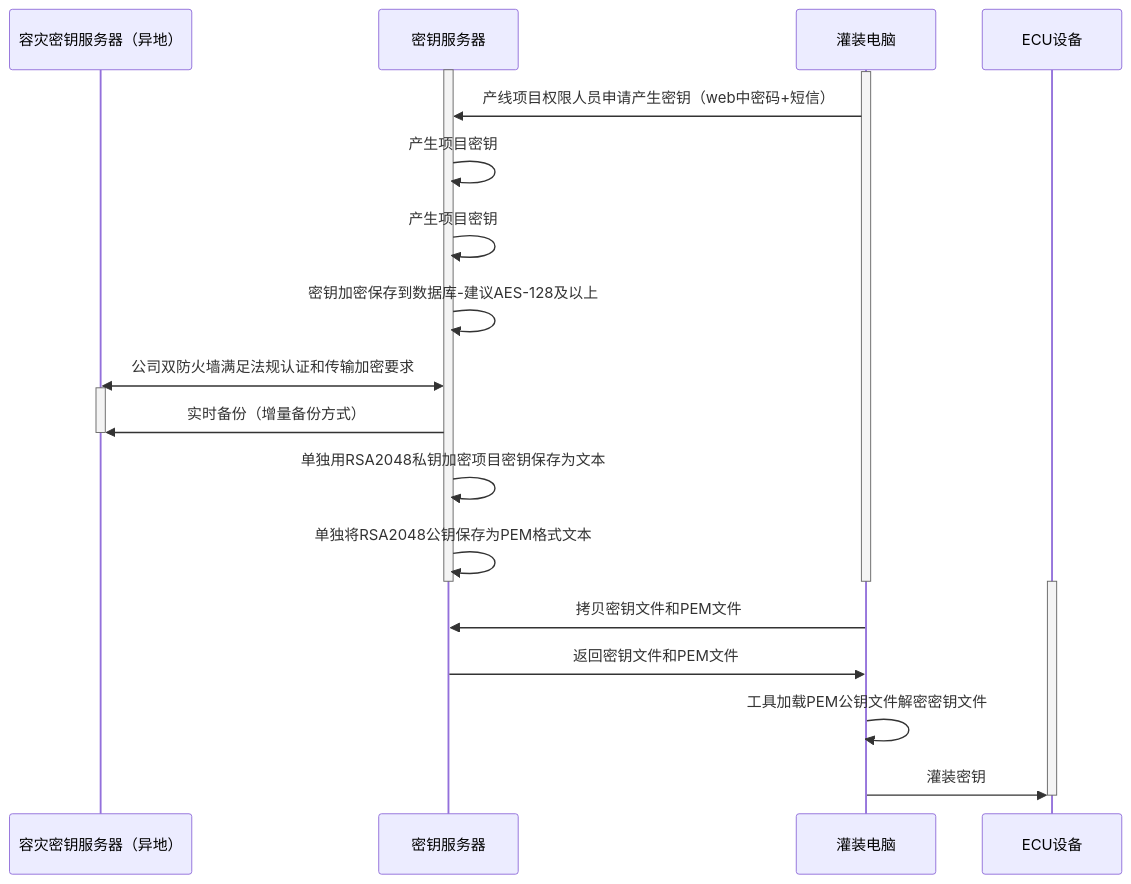
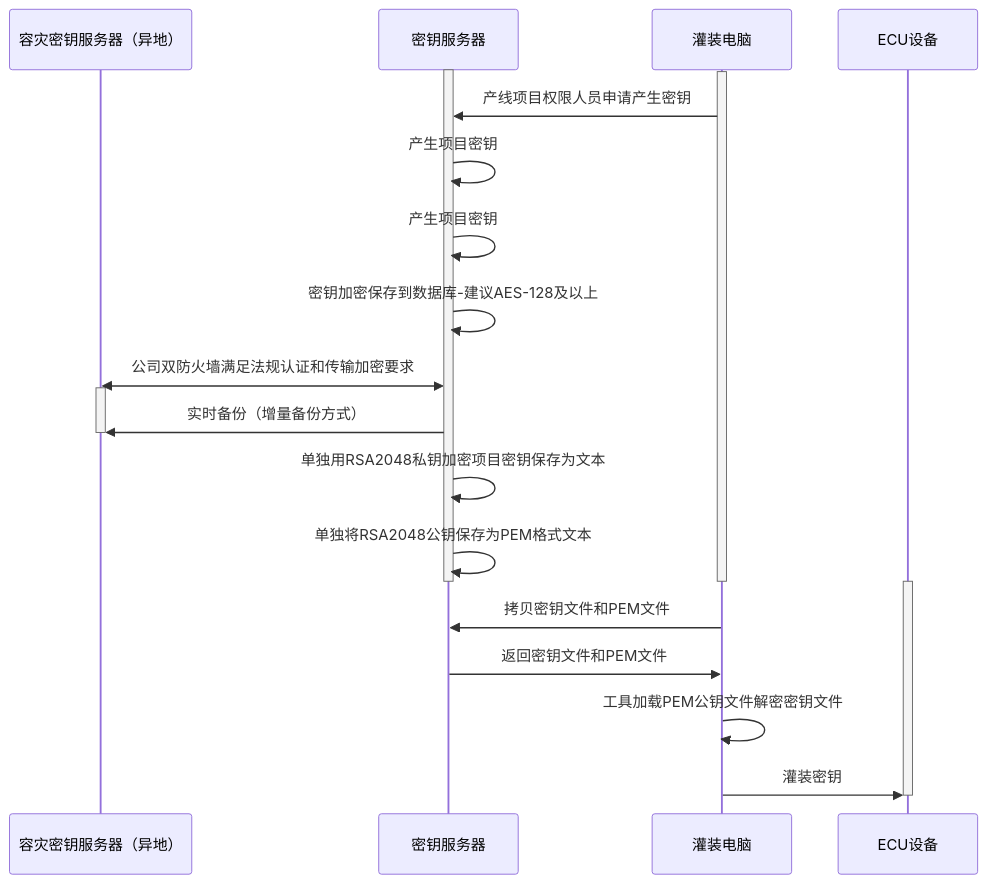
The diagram in all/未命名-15.md (facebook-cloud/iodraw-files), drawn with Mermaid before and after one commit.

Commit message:
2026-02-11 19:26:28 update

````diff
--- a/all/未命名-15.md
+++ b/all/未命名-15.md
@@ -1,31 +1,31 @@
 ```mermaid
 sequenceDiagram
     participant A as 容灾密钥服务器（异地）
     participant B as 密钥服务器
     participant D as 灌装电脑
     participant E as ECU设备
 
     activate B
     activate D
-    D->>B: 产线项目权限人员申请产生密钥（web中密码+短信）
+    D->>B: 产线项目权限人员申请产生密钥
     B->>B: 产生项目密钥
     B->>B: 产生项目密钥
     B->>B: 密钥加密保存到数据库-建议AES-128及以上
     A<<->>B: 公司双防火墙满足法规认证和传输加密要求
 
     activate A
     B->>A: 实时备份（增量备份方式）
     deactivate A
     B->>B: 单独用RSA2048私钥加密项目密钥保存为文本
     B->>B: 单独将RSA2048公钥保存为PEM格式文本
     deactivate B
     deactivate D
 
     activate E
     D->>B: 拷贝密钥文件和PEM文件
     B->>D: 返回密钥文件和PEM文件
     D->>D:工具加载PEM公钥文件解密密钥文件
     D->>E: 灌装密钥
     deactivate E
 
 ```
````
